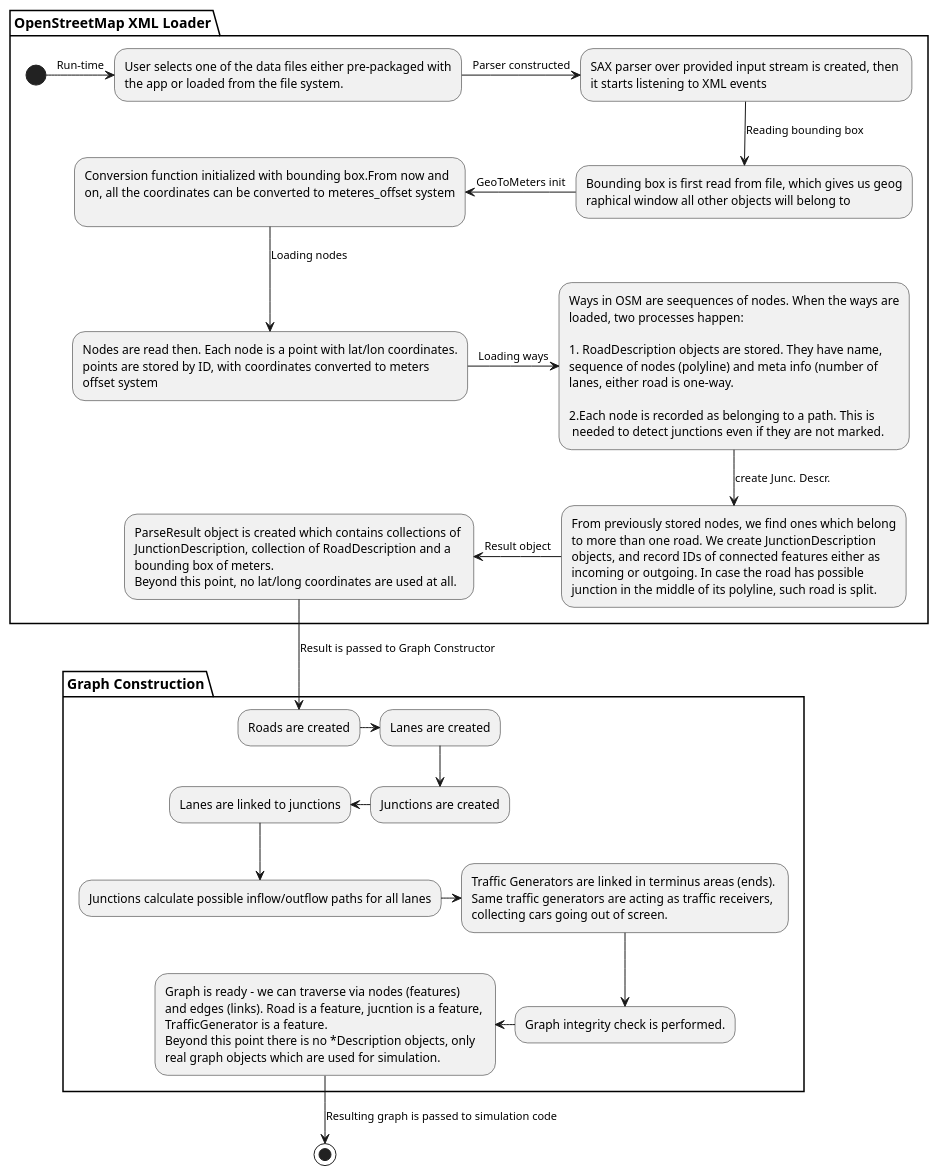
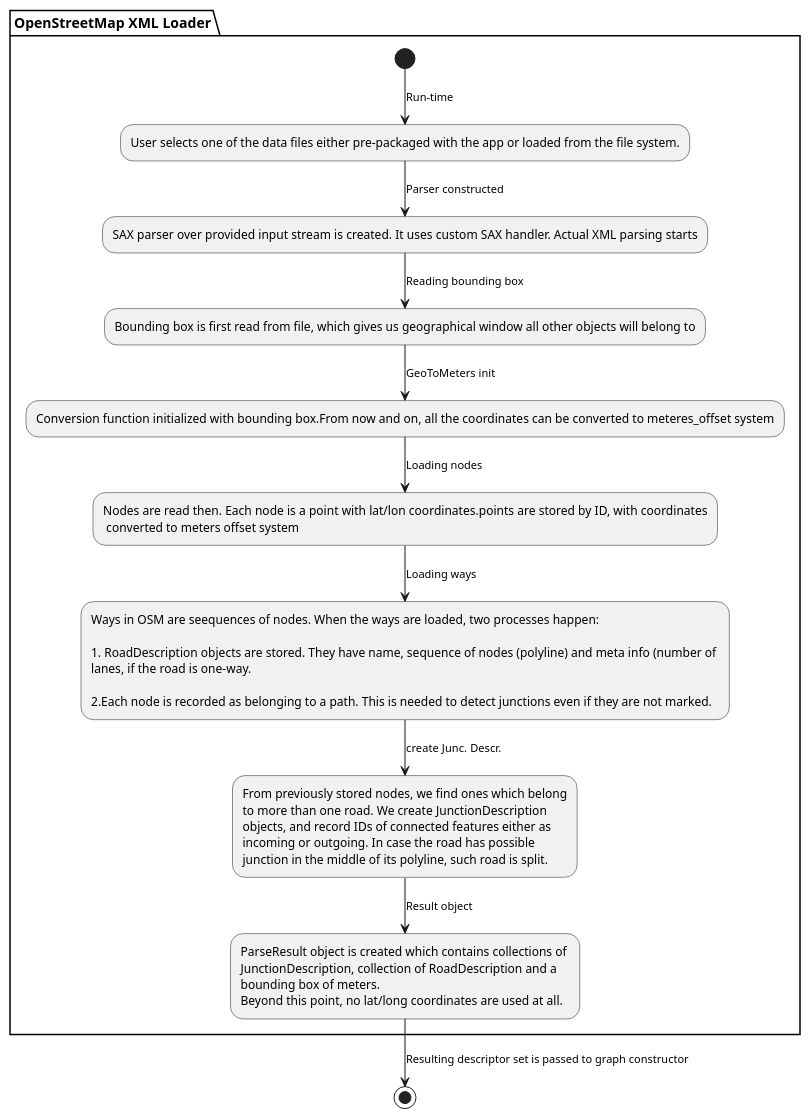
One commit to teamIndexZero/index_zero_trafficsystem changed the diagram in uml_diagrams/osmXmlLoader.puml. Above: the diagram before and after it, drawn with PlantUML. The commit also changed 3 other files, not shown here.

```diff
--- a/uml_diagrams/osmXmlLoader.puml
+++ b/uml_diagrams/osmXmlLoader.puml
@@ -1,25 +1,14 @@
 @startuml
 
 partition "OpenStreetMap XML Loader" {
-(*)-> [Run-time]User selects one of the data files either pre-packaged with\nthe app or loaded from the file system.
--> [Parser constructed] SAX parser over provided input stream is created, then \nit starts listening to XML events
---> [Reading bounding box] Bounding box is first read from file, which gives us geog\nraphical window all other objects will belong to
--left-> [GeoToMeters init] Conversion function initialized with bounding box.From now and\non, all the coordinates can be converted to meteres_offset system\n
---> [Loading nodes] Nodes are read then. Each node is a point with lat/lon coordinates.\npoints are stored by ID, with coordinates converted to meters \noffset system
--> [Loading ways] Ways in OSM are seequences of nodes. When the ways are\nloaded, two processes happen:\n\n1. RoadDescription objects are stored. They have name,\nsequence of nodes (polyline) and meta info (number of \nlanes, either road is one-way.\n\n2.Each node is recorded as belonging to a path. This is \n needed to detect junctions even if they are not marked.
+(*)--> [Run-time]User selects one of the data files either pre-packaged with the app or loaded from the file system.
+--> [Parser constructed] SAX parser over provided input stream is created. It uses custom SAX handler. Actual XML parsing starts
+--> [Reading bounding box] Bounding box is first read from file, which gives us geographical window all other objects will belong to
+--> [GeoToMeters init] Conversion function initialized with bounding box.From now and on, all the coordinates can be converted to meteres_offset system
+--> [Loading nodes] Nodes are read then. Each node is a point with lat/lon coordinates.points are stored by ID, with coordinates\n converted to meters offset system
+--> [Loading ways] Ways in OSM are seequences of nodes. When the ways are loaded, two processes happen:\n\n1. RoadDescription objects are stored. They have name, sequence of nodes (polyline) and meta info (number of \nlanes, if the road is one-way.\n\n2.Each node is recorded as belonging to a path. This is needed to detect junctions even if they are not marked.
 --> [create Junc. Descr.] From previously stored nodes, we find ones which belong\nto more than one road. We create JunctionDescription \nobjects, and record IDs of connected features either as \nincoming or outgoing. In case the road has possible \njunction in the middle of its polyline, such road is split.
--left-> [Result object] ParseResult object is created which contains collections of \nJunctionDescription, collection of RoadDescription and a \nbounding box of meters. \nBeyond this point, no lat/long coordinates are used at all.
+--> [Result object] ParseResult object is created which contains collections of \nJunctionDescription, collection of RoadDescription and a \nbounding box of meters. \nBeyond this point, no lat/long coordinates are used at all.
 }
-partition "Graph Construction" {
---> [Result is passed to Graph Constructor]Roads are created
--> Lanes are created
---> Junctions are created
--left-> Lanes are linked to junctions
---> Junctions calculate possible inflow/outflow paths for all lanes
--> Traffic Generators are linked in terminus areas (ends). \nSame traffic generators are acting as traffic receivers, \ncollecting cars going out of screen.
---> Graph integrity check is performed.
--left-> Graph is ready - we can traverse via nodes (features) \nand edges (links). Road is a feature, jucntion is a feature, \nTrafficGenerator is a feature.\nBeyond this point there is no *Description objects, only \nreal graph objects which are used for simulation.
-}
-
---> [Resulting graph is passed to simulation code](*)
+--> [Resulting descriptor set is passed to graph constructor](*)
 @enduml
```
